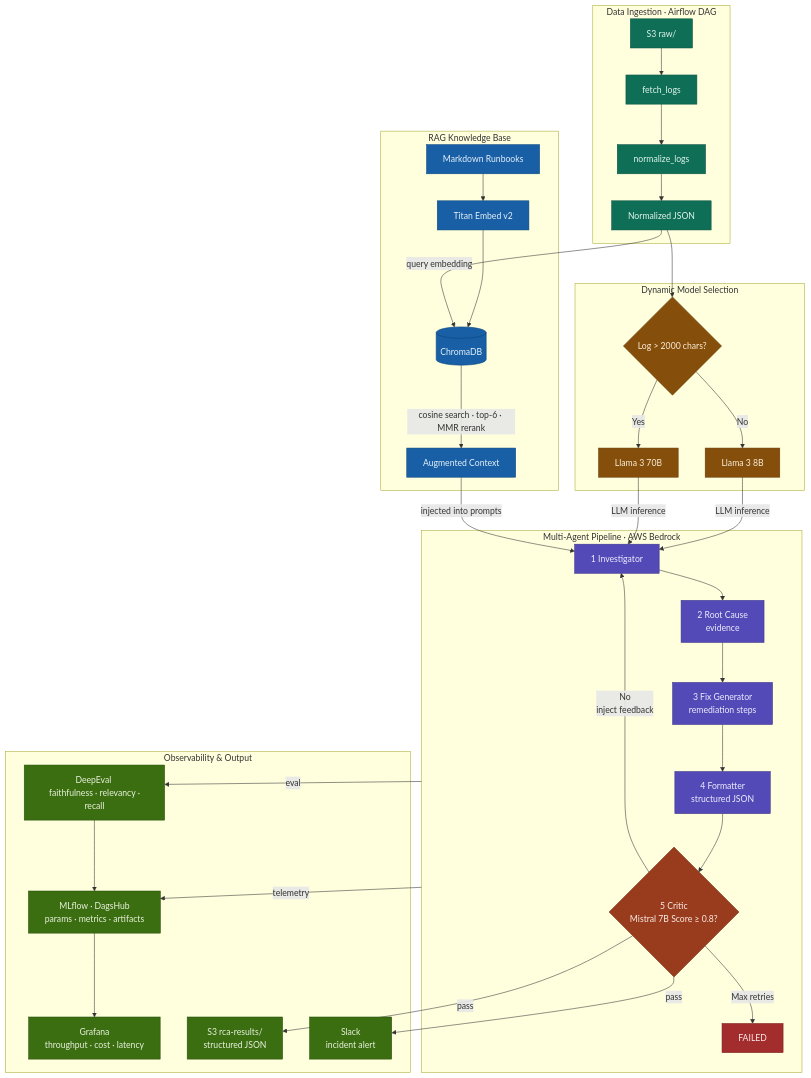
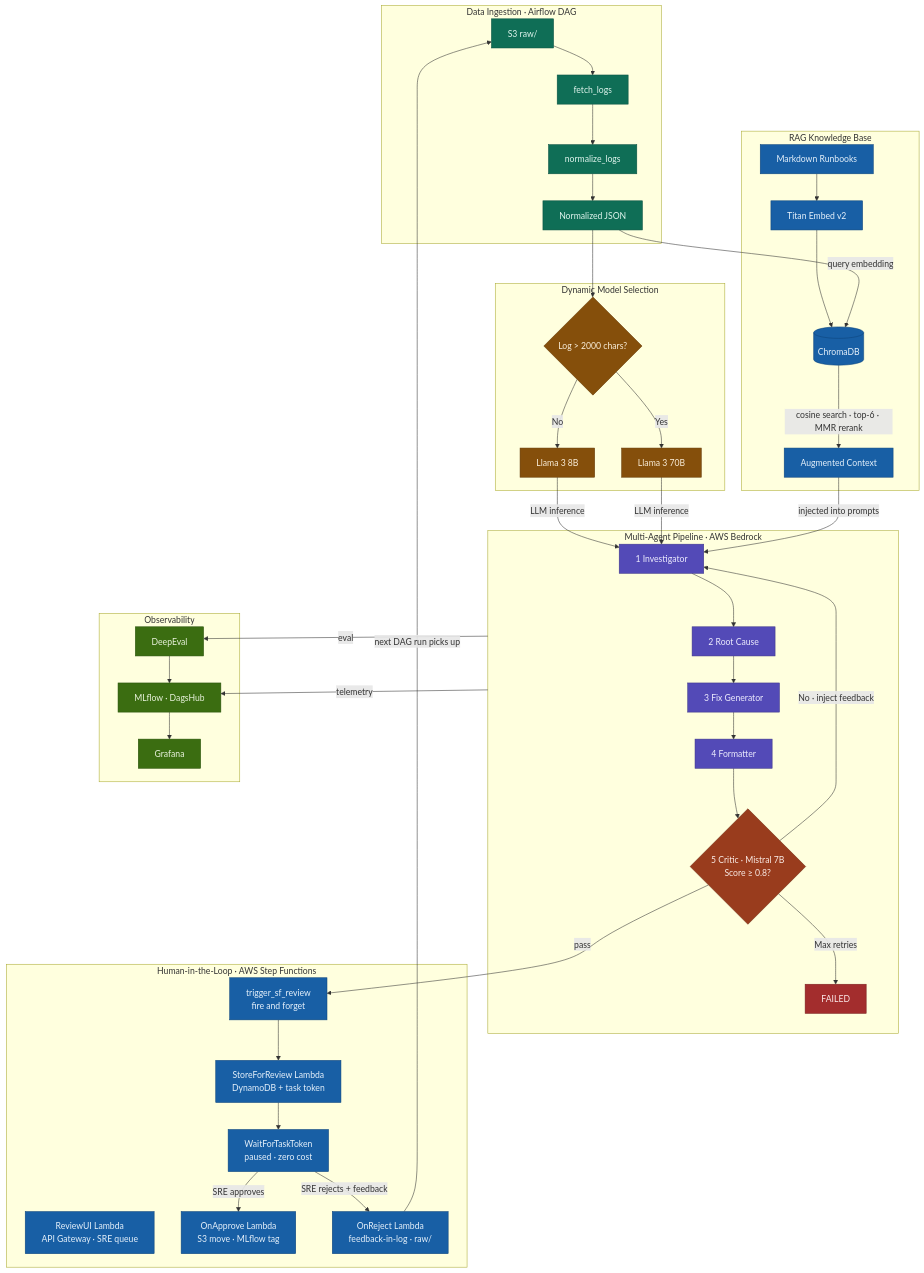
Before and after one commit to nasim-raj-laskar/InfraMind: the first of 6 diagrams in README.md, drawn with Mermaid. The commit also changed other lines of this file and 1 other file, not shown here.

````diff
--- a/README.md
+++ b/README.md
@@ -10,60 +11,71 @@
 ```mermaid
-
 flowchart TB
     subgraph INGEST["Data Ingestion · Airflow DAG"]
         LOGS["S3 raw/"] --> FETCH["fetch_logs"] --> NORM["normalize_logs"] --> NORM_OUT["Normalized JSON"]
     end
 
     subgraph RAG["RAG Knowledge Base"]
         RUNBOOKS["Markdown Runbooks"] --> EMBED["Titan Embed v2"] --> CHROMA[("ChromaDB")]
         CHROMA -->|"cosine search · top-6 · MMR rerank"| CONTEXT["Augmented Context"]
     end
 
     subgraph MODEL["Dynamic Model Selection"]
         CHECK{"Log > 2000 chars?"}
         CHECK -->|No| L8["Llama 3 8B"]
         CHECK -->|Yes| L70["Llama 3 70B"]
     end
 
     subgraph AGENTS["Multi-Agent Pipeline · AWS Bedrock"]
-        A1["1 Investigator"] --> A2["2 Root Cause <br/> evidence"] --> A3["3 Fix Generator <br/> remediation steps"] --> A4["4 Formatter <br/> structured JSON"]
-        A4 --> CRITIC{"5 Critic <br/> Mistral 7B Score ≥ 0.8?"}
-        CRITIC -->|"No <br/> inject feedback"| A1
+        A1["1 Investigator"] --> A2["2 Root Cause"] --> A3["3 Fix Generator"] --> A4["4 Formatter"]
+        A4 --> CRITIC{"5 Critic · Mistral 7B\nScore ≥ 0.8?"}
+        CRITIC -->|"No · inject feedback"| A1
         CRITIC -->|Max retries| FAIL["FAILED"]
     end
 
-    subgraph OBS["Observability & Output"]
-        MLFLOW["MLflow · DagsHub <br/> params · metrics · artifacts"]
-        DEEPEVAL["DeepEval <br/> faithfulness · relevancy · recall"]
-        GRAFANA["Grafana <br/> throughput · cost · latency"]
-        S3_OUT["S3 rca-results/ <br/>structured JSON"]
-        SLACK["Slack <br/> incident alert"]
+    subgraph HITL["Human-in-the-Loop · AWS Step Functions"]
+        SF["trigger_sf_review\nfire and forget"]
+        STORE["StoreForReview Lambda\nDynamoDB + task token"]
+        WAIT["WaitForTaskToken\npaused · zero cost"]
+        UI["ReviewUI Lambda\nAPI Gateway · SRE queue"]
+        APPROVE["OnApprove Lambda\nS3 move · MLflow tag"]
+        REJECT["OnReject Lambda\nfeedback-in-log · raw/"]
+        SF --> STORE --> WAIT
+        WAIT -->|"SRE approves"| APPROVE
+        WAIT -->|"SRE rejects + feedback"| REJECT
+        REJECT -->|"next DAG run picks up"| LOGS
+    end
+
+    subgraph OBS["Observability"]
+        MLFLOW["MLflow · DagsHub"]
+        DEEPEVAL["DeepEval"]
+        GRAFANA["Grafana"]
     end
 
     NORM_OUT --> CHECK
     NORM_OUT -->|query embedding| CHROMA
     L8 & L70 -->|LLM inference| A1
     CONTEXT -->|injected into prompts| A1
-    CRITIC -->|pass| S3_OUT
-    CRITIC -->|pass| SLACK
+    CRITIC -->|pass| SF
     AGENTS -->|telemetry| MLFLOW
     AGENTS -->|eval| DEEPEVAL
     DEEPEVAL --> MLFLOW
     MLFLOW --> GRAFANA
 
     classDef teal fill:#0F6E56,color:#E1F5EE,stroke:#085041
     classDef blue fill:#185FA5,color:#E6F1FB,stroke:#0C447C
     classDef purple fill:#534AB7,color:#EEEDFE,stroke:#3C3489
     classDef coral fill:#993C1D,color:#FAECE7,stroke:#712B13
     classDef amber fill:#854F0B,color:#FAEEDA,stroke:#633806
     classDef green fill:#3B6D11,color:#EAF3DE,stroke:#27500A
     classDef red fill:#A32D2D,color:#FCEBEB,stroke:#791F1F
+    classDef hitl fill:#185FA5,color:#E6F1FB,stroke:#0C447C
 
     class LOGS,FETCH,NORM,NORM_OUT teal
     class RUNBOOKS,EMBED,CHROMA,CONTEXT blue
     class CHECK,L8,L70 amber
     class A1,A2,A3,A4 purple
     class CRITIC coral
     class FAIL red
-    class MLFLOW,DEEPEVAL,GRAFANA,S3_OUT,SLACK green
+    class SF,STORE,WAIT,UI,APPROVE,REJECT hitl
+    class MLFLOW,DEEPEVAL,GRAFANA green
 ```
````
